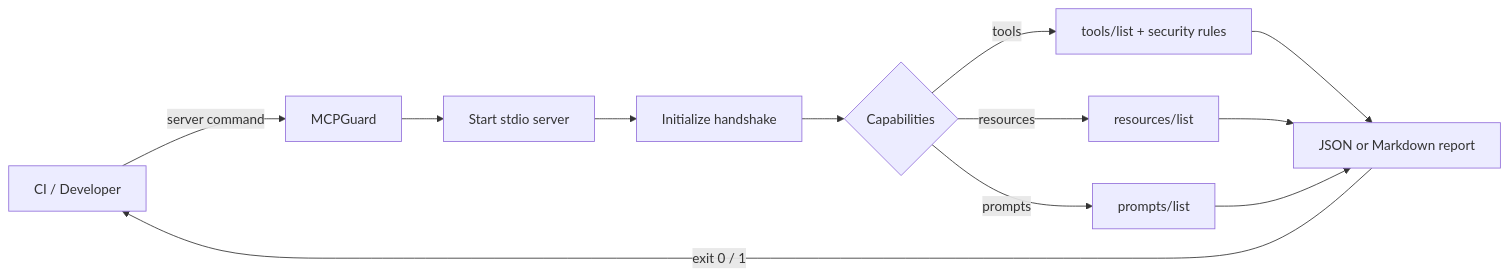
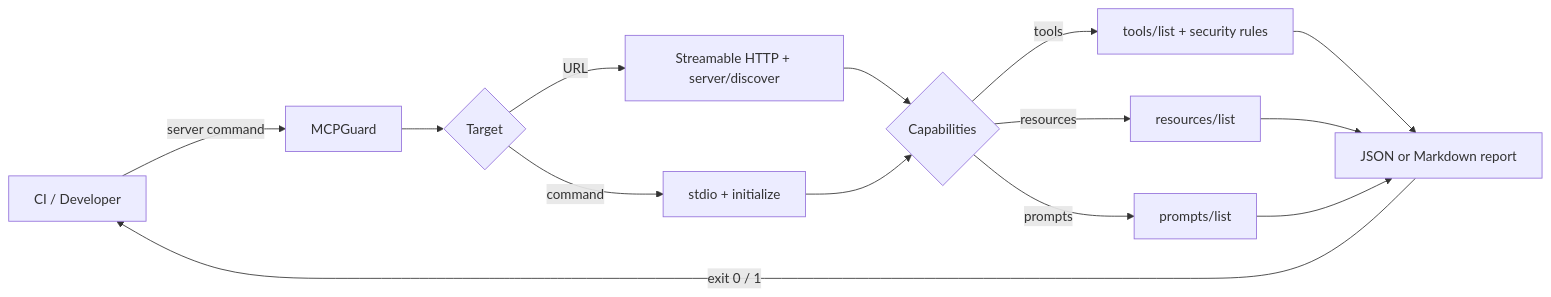
Before and after one commit to PierfrancescoLijoi/MCPGuard: the diagram in README.md, drawn with Mermaid. The commit also changed other lines of this file and 14 other files, not shown here.

````diff
--- a/README.md
+++ b/README.md
@@ -22,14 +27,16 @@
 ```mermaid
 flowchart LR
     A[CI / Developer] -->|server command| B[MCPGuard]
-    B --> C[Start stdio server]
-    C --> D[Initialize handshake]
+    B --> C{Target}
+    C -->|command| D[stdio + initialize]
+    C -->|URL| J[Streamable HTTP + server/discover]
+    J --> E
     D --> E{Capabilities}
     E -->|tools| F[tools/list + security rules]
     E -->|resources| G[resources/list]
     E -->|prompts| H[prompts/list]
     F --> I[JSON or Markdown report]
     G --> I
     H --> I
     I -->|exit 0 / 1| A
 ```
````
